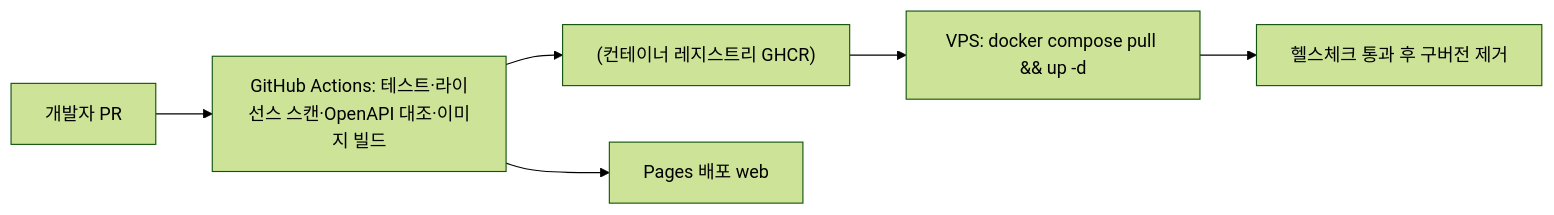
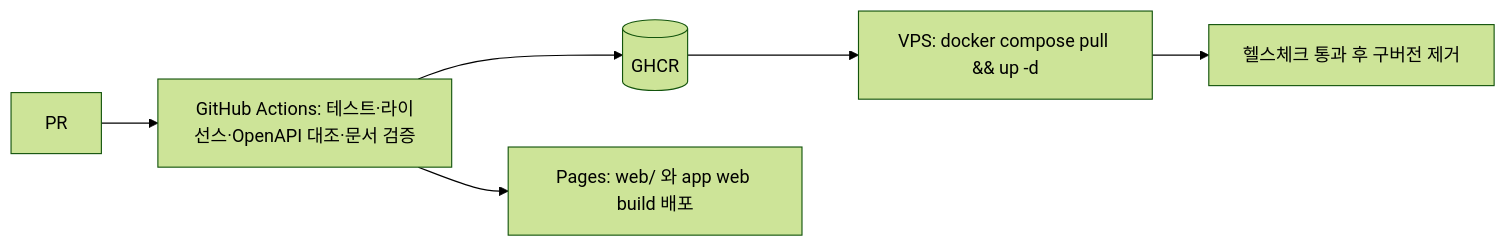
The second of 2 diagrams in docs/10_시스템아키텍처.md (7fsikMinQ/O), drawn with Mermaid (forest theme) before and after one commit. The commit also changed other lines of this file and 38 other files, not shown here.

````diff
--- a/docs/10_시스템아키텍처.md
+++ b/docs/10_시스템아키텍처.md
@@ -79,8 +83,8 @@
 ```mermaid
 flowchart LR
-  DEV[개발자 PR] --> CI[GitHub Actions: 테스트·라이선스 스캔·OpenAPI 대조·이미지 빌드]
-  CI --> REG["(컨테이너 레지스트리 GHCR)"]
-  CI --> PAGES2[Pages 배포 web]
-  REG --> VPS2[VPS: docker compose pull && up -d]
-  VPS2 --> HC[헬스체크 통과 후 구버전 제거]
+  DEV["PR"] --> CI["GitHub Actions: 테스트·라이선스·OpenAPI 대조·문서 검증"]
+  CI --> REG[("GHCR")]
+  CI --> PAGES2["Pages: web/ 와 app web build 배포"]
+  REG --> VPS2["VPS: docker compose pull && up -d"]
+  VPS2 --> HC["헬스체크 통과 후 구버전 제거"]
 ```
````
